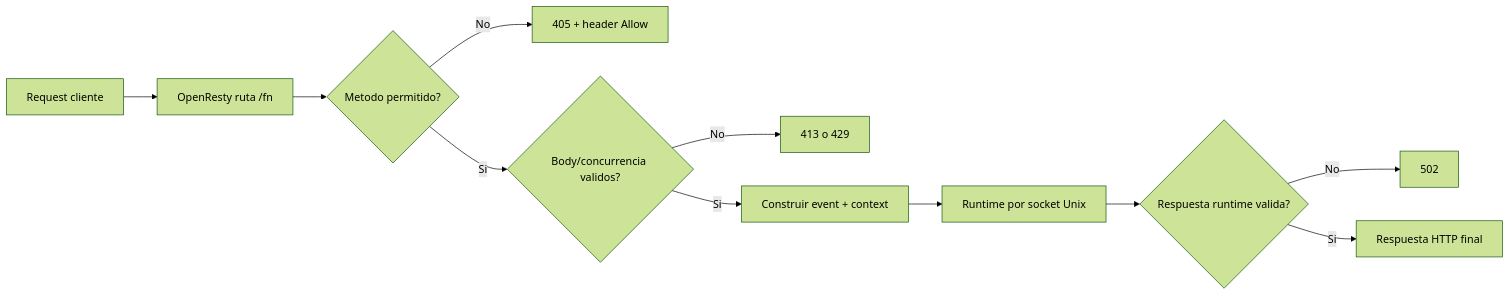
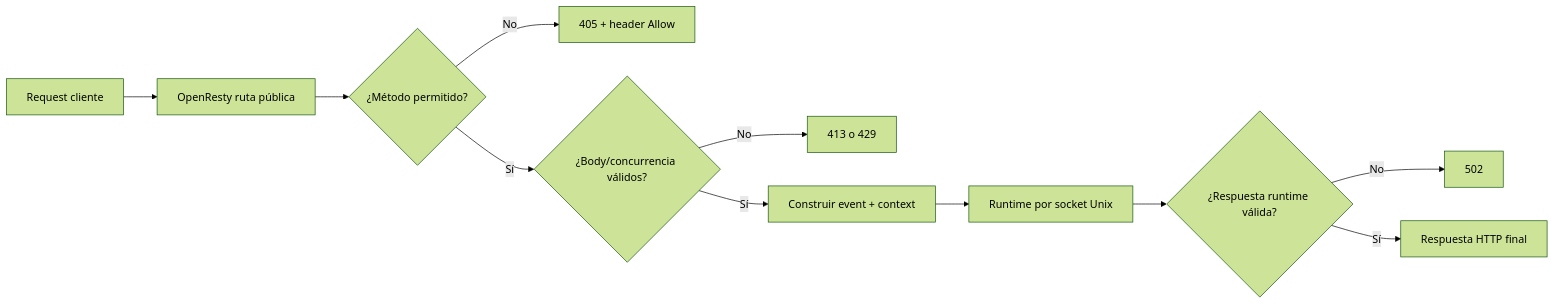
Before and after one commit to misaelzapata/fastfn: the first of 3 diagrams in docs/es/explicacion/flujos-visuales.md, drawn with Mermaid (forest theme). The commit also changed other lines of this file and 68 other files, not shown here.

````diff
--- a/docs/es/explicacion/flujos-visuales.md
+++ b/docs/es/explicacion/flujos-visuales.md
@@ -5,13 +5,13 @@
 ```mermaid
 flowchart LR
-  A["Request cliente"] --> B["OpenResty ruta /fn"]
-  B --> C{"Metodo permitido?"}
+  A["Request cliente"] --> B["OpenResty ruta pública"]
+  B --> C{"¿Método permitido?"}
   C -- "No" --> D["405 + header Allow"]
-  C -- "Si" --> E{"Body/concurrencia validos?"}
+  C -- "Sí" --> E{"¿Body/concurrencia válidos?"}
   E -- "No" --> F["413 o 429"]
-  E -- "Si" --> G["Construir event + context"]
+  E -- "Sí" --> G["Construir event + context"]
   G --> H["Runtime por socket Unix"]
-  H --> I{"Respuesta runtime valida?"}
+  H --> I{"¿Respuesta runtime válida?"}
   I -- "No" --> J["502"]
-  I -- "Si" --> K["Respuesta HTTP final"]
+  I -- "Sí" --> K["Respuesta HTTP final"]
 ```
````
